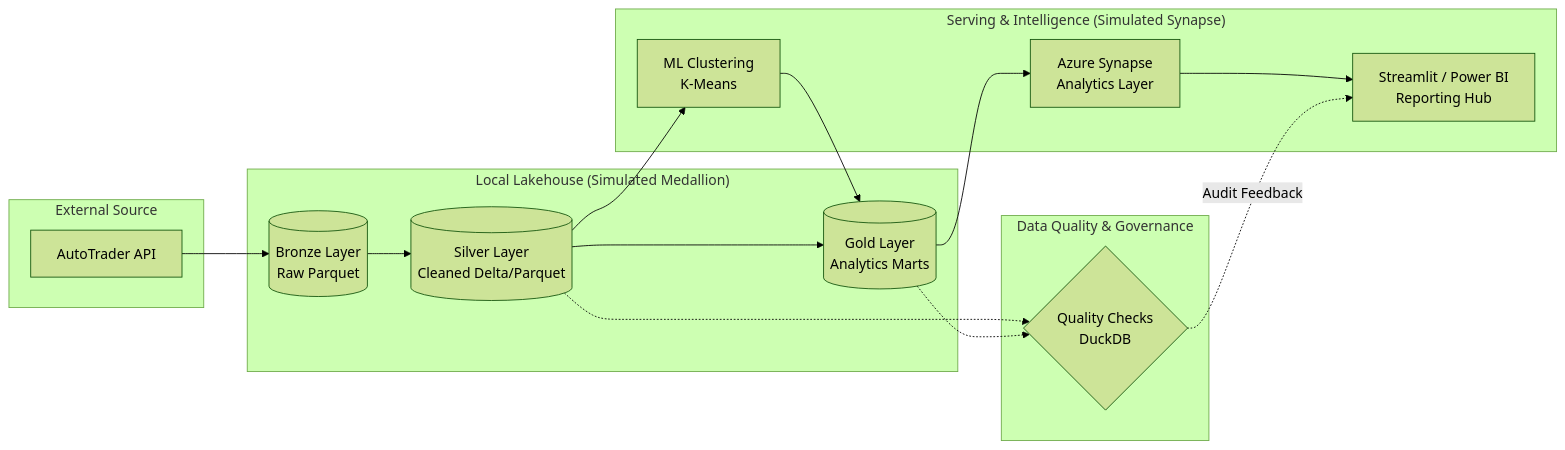
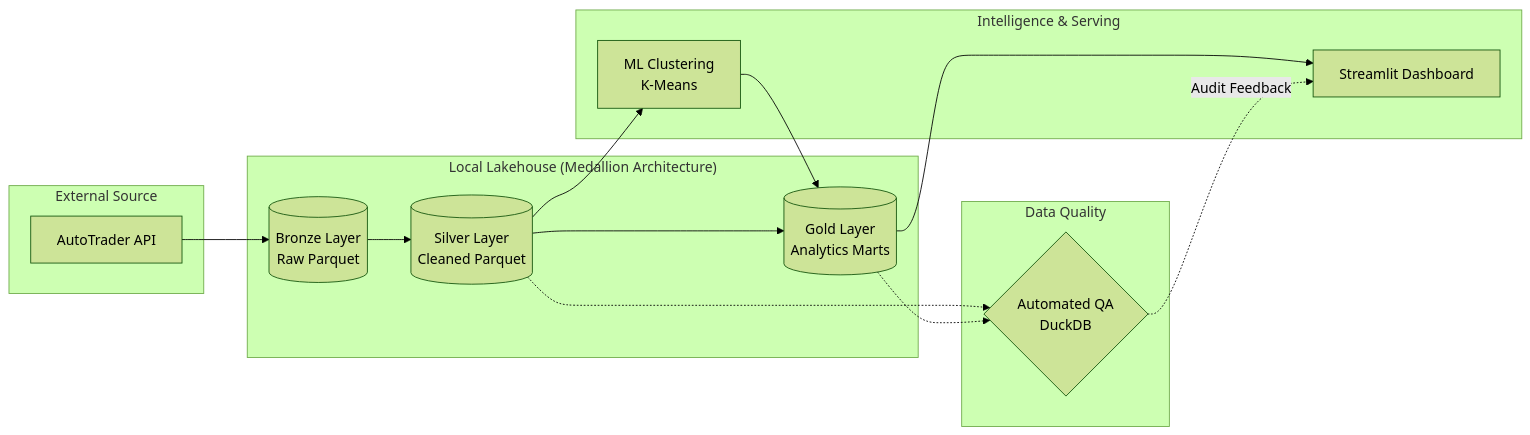
One commit to S4LL77/Ulez-Project-azure-databricks changed the first of 2 diagrams in README.md. Above: the diagram before and after it, drawn with Mermaid (forest theme). The commit also changed other lines of this file and 17 other files, not shown here.

Commit message:
Refactor: Professional polish, fix bugs, rewrite architecture docs, and improve ML clustering

````diff
--- a/README.md
+++ b/README.md
@@ -15,34 +21,32 @@
 ```mermaid
 graph LR
     subgraph "External Source"
         API[AutoTrader API]
     end
 
-    subgraph "Local Lakehouse (Simulated Medallion)"
+    subgraph "Local Lakehouse (Medallion Architecture)"
         Bronze[(Bronze Layer<br/>Raw Parquet)]
-        Silver[(Silver Layer<br/>Cleaned Delta/Parquet)]
+        Silver[(Silver Layer<br/>Cleaned Parquet)]
         Gold[(Gold Layer<br/>Analytics Marts)]
     end
 
-    subgraph "Serving & Intelligence (Simulated Synapse)"
+    subgraph "Intelligence & Serving"
         ML[ML Clustering<br/>K-Means]
-        Synapse[Azure Synapse<br/>Analytics Layer]
-        App[Streamlit / Power BI<br/>Reporting Hub]
+        App[Streamlit Dashboard]
     end
 
-    subgraph "Data Quality & Governance"
-        QA{Quality Checks<br/>DuckDB}
+    subgraph "Data Quality"
+        QA{Automated QA<br/>DuckDB}
     end
 
     API --> Bronze
     Bronze --> Silver
     Silver --> Gold
     Silver --> ML
     ML --> Gold
-    Gold --> Synapse
-    Synapse --> App
+    Gold --> App
     
     Silver -.-> QA
     Gold -.-> QA
     QA -.->|Audit Feedback| App
 ```
````
